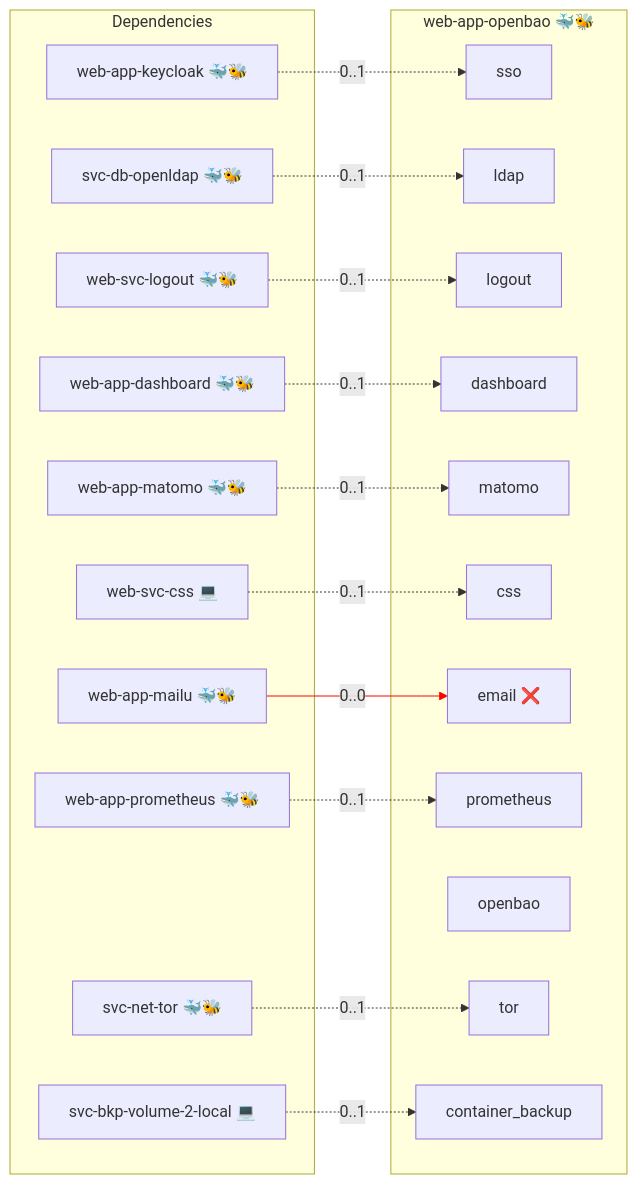
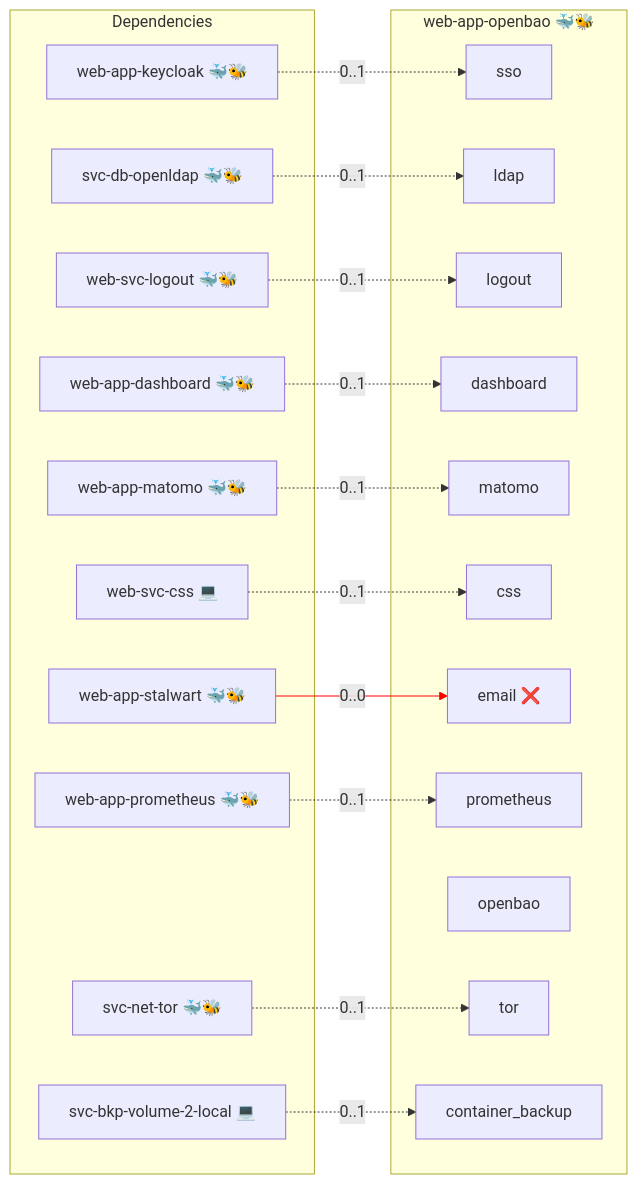
One commit to AlejandroRomanIbanez/infinito-nexus changed the diagram in roles/web-app-openbao/README.md. Above: the diagram before and after it, drawn with Mermaid. The commit also changed 67 other files, not shown here.

````diff
--- a/roles/web-app-openbao/README.md
+++ b/roles/web-app-openbao/README.md
@@ -15,39 +15,39 @@
 ```mermaid
 flowchart LR
     subgraph deps [Dependencies]
         dep_svc_bkp_volume_2_local["svc-bkp-volume-2-local 💻"]
         dep_svc_db_openldap["svc-db-openldap 🐳🐝"]
         dep_svc_net_tor["svc-net-tor 🐳🐝"]
         dep_web_app_dashboard["web-app-dashboard 🐳🐝"]
         dep_web_app_keycloak["web-app-keycloak 🐳🐝"]
-        dep_web_app_mailu["web-app-mailu 🐳🐝"]
         dep_web_app_matomo["web-app-matomo 🐳🐝"]
         dep_web_app_prometheus["web-app-prometheus 🐳🐝"]
+        dep_web_app_stalwart["web-app-stalwart 🐳🐝"]
         dep_web_svc_css["web-svc-css 💻"]
         dep_web_svc_logout["web-svc-logout 🐳🐝"]
     end
     subgraph role [web-app-openbao 🐳🐝]
         svc_sso["sso"]
         svc_ldap["ldap"]
         svc_logout["logout"]
         svc_dashboard["dashboard"]
         svc_matomo["matomo"]
         svc_css["css"]
         svc_email["email ❌"]
         svc_prometheus["prometheus"]
         svc_openbao["openbao"]
         svc_tor["tor"]
         svc_container_backup["container_backup"]
     end
     dep_svc_bkp_volume_2_local -. "0..1" .-> svc_container_backup
     dep_svc_db_openldap -. "0..1" .-> svc_ldap
     dep_svc_net_tor -. "0..1" .-> svc_tor
     dep_web_app_dashboard -. "0..1" .-> svc_dashboard
     dep_web_app_keycloak -. "0..1" .-> svc_sso
-    dep_web_app_mailu -- "0..0" --> svc_email
     dep_web_app_matomo -. "0..1" .-> svc_matomo
     dep_web_app_prometheus -. "0..1" .-> svc_prometheus
+    dep_web_app_stalwart -- "0..0" --> svc_email
     dep_web_svc_css -. "0..1" .-> svc_css
     dep_web_svc_logout -. "0..1" .-> svc_logout
-    linkStyle 5 stroke:red;
+    linkStyle 7 stroke:red;
 ```
````
